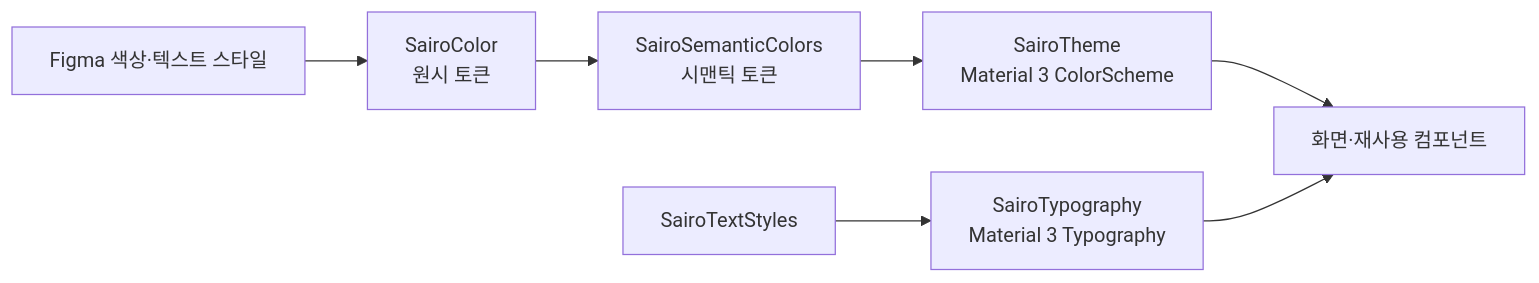
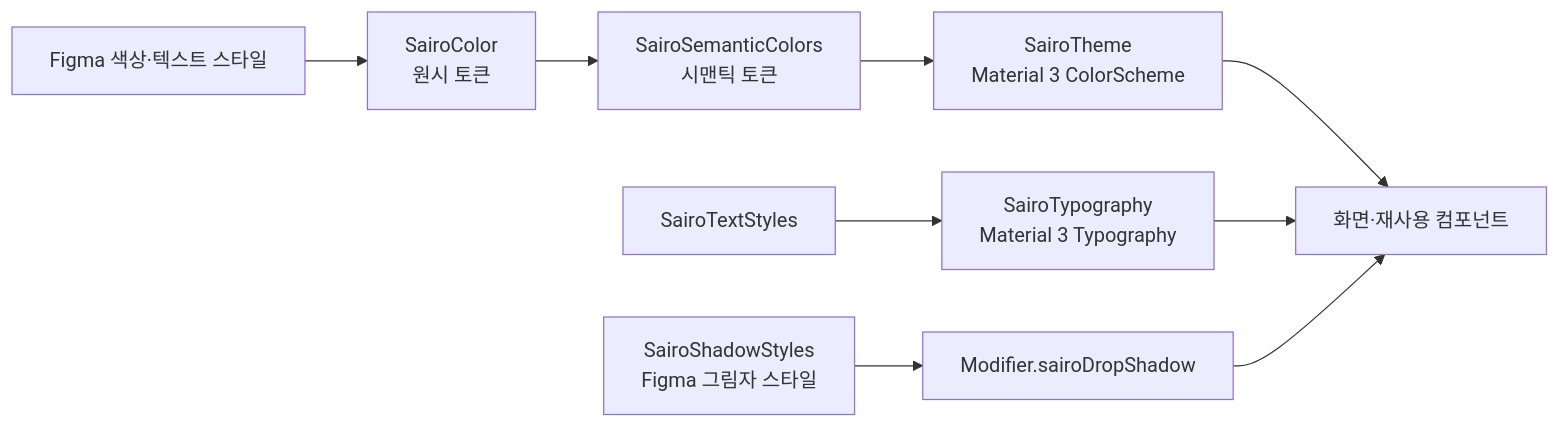
One commit to SAIRO14/SAIRO-ANDROID changed the diagram in docs/intermediate/design-tokens-and-semantic-colors.md. Above: the diagram before and after it, drawn with Mermaid. The commit also changed other lines of this file and 3 other files, not shown here.

````diff
--- a/docs/intermediate/design-tokens-and-semantic-colors.md
+++ b/docs/intermediate/design-tokens-and-semantic-colors.md
@@ -35,9 +43,11 @@
 ```mermaid
 flowchart LR
     Figma[Figma 색상·텍스트 스타일] --> Primitive[SairoColor\n원시 토큰]
     Primitive --> Semantic[SairoSemanticColors\n시맨틱 토큰]
     Semantic --> Theme[SairoTheme\nMaterial 3 ColorScheme]
     Type[SairoTextStyles] --> Typography[SairoTypography\nMaterial 3 Typography]
+    Shadow[SairoShadowStyles\nFigma 그림자 스타일] --> Modifier[Modifier.sairoDropShadow]
     Theme --> UI[화면·재사용 컴포넌트]
     Typography --> UI
+    Modifier --> UI
 ```
````
